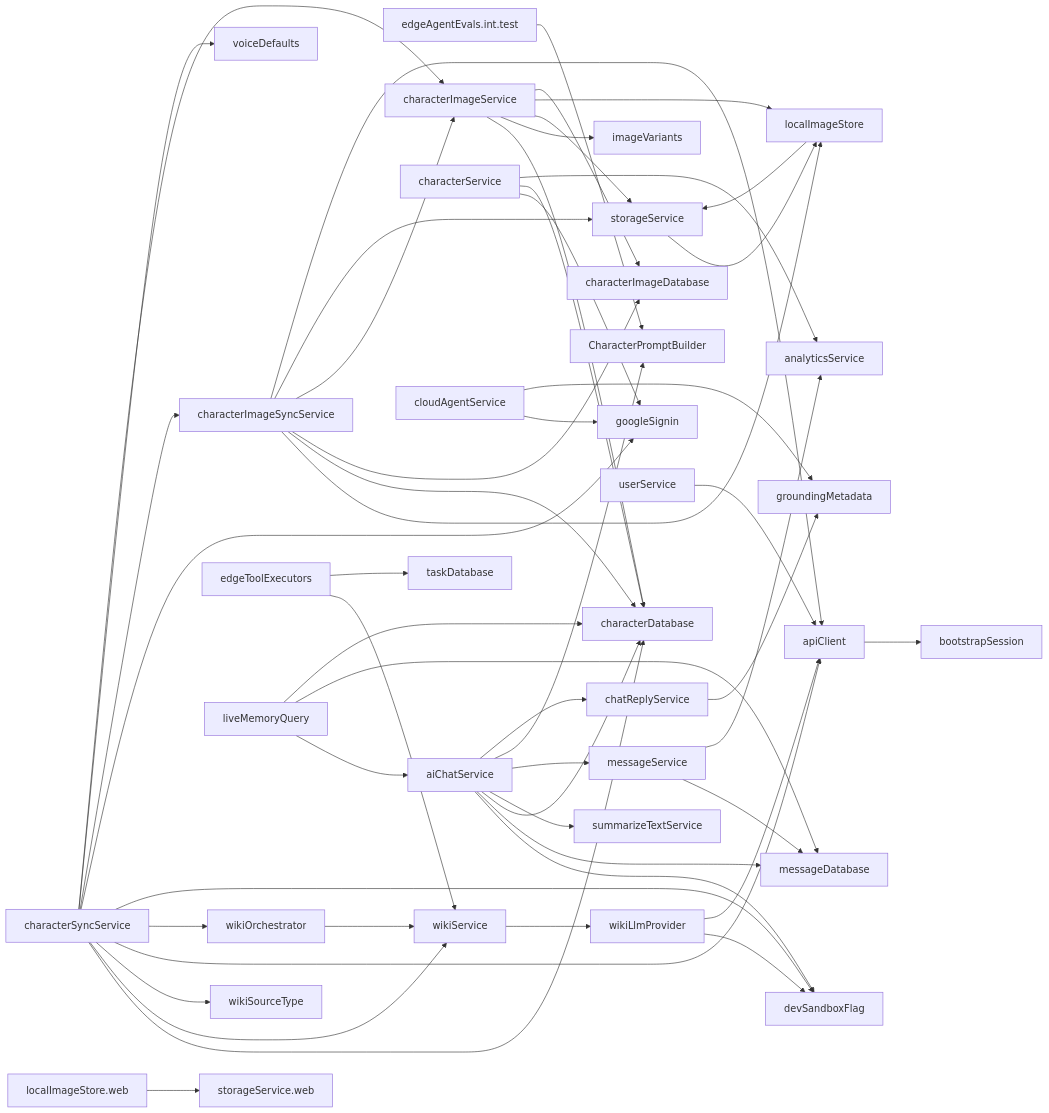
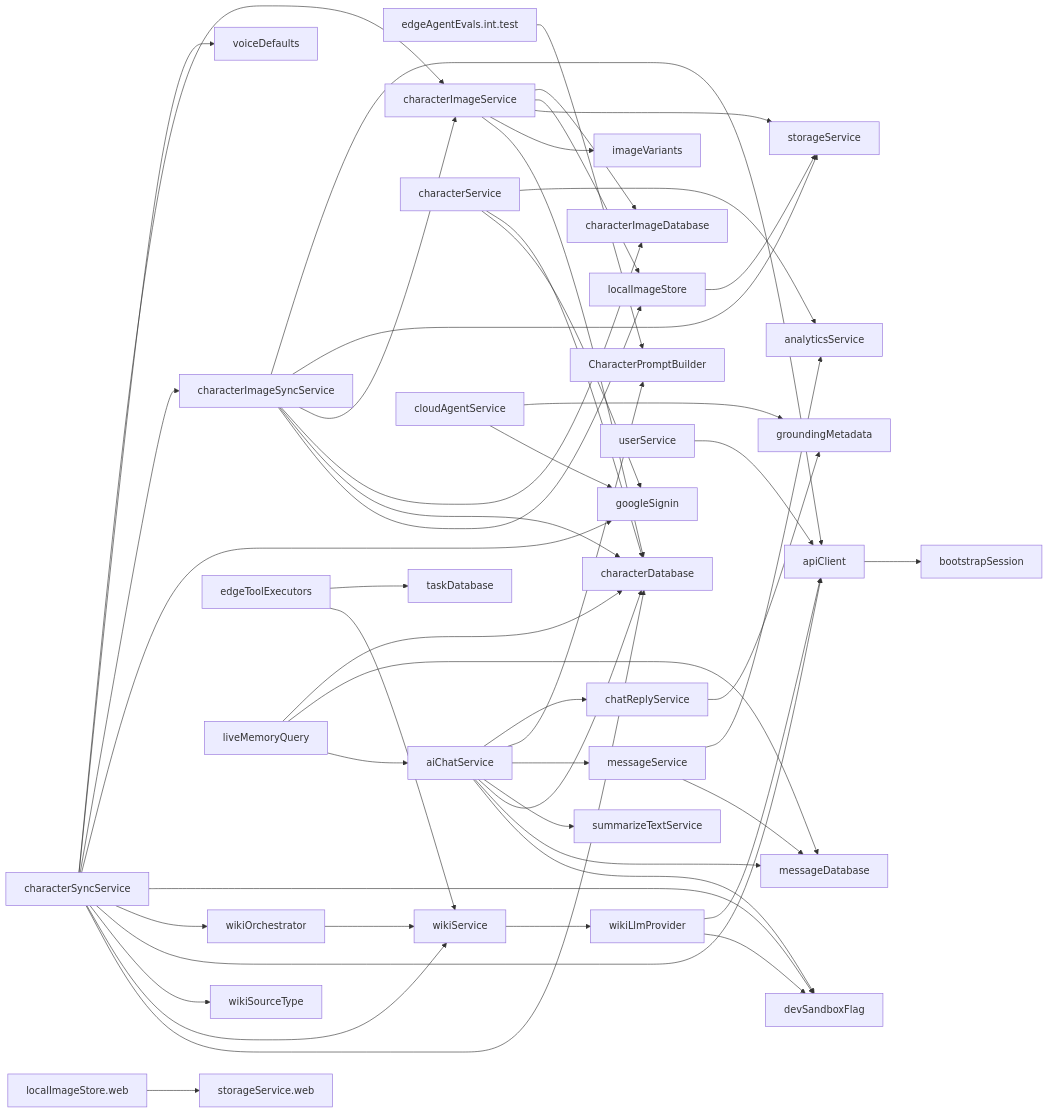
Before and after one commit to equationalapplications/clanker: the diagram in docs/flowcharts/SERVICES.md, drawn with Mermaid. The commit also changed 22 other files, not shown here.

````diff
--- a/docs/flowcharts/SERVICES.md
+++ b/docs/flowcharts/SERVICES.md
@@ -4,54 +4,53 @@
 ```mermaid
 graph LR
   edgeAgentEvals.int.test --> CharacterPromptBuilder
   aiChatService --> devSandboxFlag
   aiChatService --> messageDatabase
   aiChatService --> characterDatabase
   aiChatService --> summarizeTextService
   aiChatService --> messageService
   aiChatService --> CharacterPromptBuilder
   aiChatService --> chatReplyService
   apiClient --> bootstrapSession
   characterImageService --> characterDatabase
   characterImageService --> imageVariants
   characterImageService --> storageService
   characterImageService --> localImageStore
   characterImageService --> characterImageDatabase
   characterImageSyncService --> localImageStore
   characterImageSyncService --> characterDatabase
   characterImageSyncService --> characterImageDatabase
   characterImageSyncService --> characterImageService
   characterImageSyncService --> storageService
   characterImageSyncService --> apiClient
   characterService --> googleSignin
   characterService --> characterDatabase
   characterService --> analyticsService
   characterSyncService --> characterDatabase
   characterSyncService --> wikiService
   characterSyncService --> wikiSourceType
   characterSyncService --> apiClient
   characterSyncService --> wikiOrchestrator
   characterSyncService --> devSandboxFlag
   characterSyncService --> googleSignin
   characterSyncService --> characterImageSyncService
   characterSyncService --> voiceDefaults
   characterSyncService --> characterImageService
   chatReplyService --> groundingMetadata
   cloudAgentService --> googleSignin
   cloudAgentService --> groundingMetadata
   edgeToolExecutors --> wikiService
   edgeToolExecutors --> taskDatabase
   liveMemoryQuery --> aiChatService
   liveMemoryQuery --> messageDatabase
   liveMemoryQuery --> characterDatabase
   localImageStore --> storageService
   localImageStore.web --> storageService.web
   messageService --> messageDatabase
   messageService --> analyticsService
-  storageService --> localImageStore
   userService --> apiClient
   wikiLlmProvider --> devSandboxFlag
   wikiLlmProvider --> apiClient
   wikiOrchestrator --> wikiService
   wikiService --> wikiLlmProvider
 ```
````
